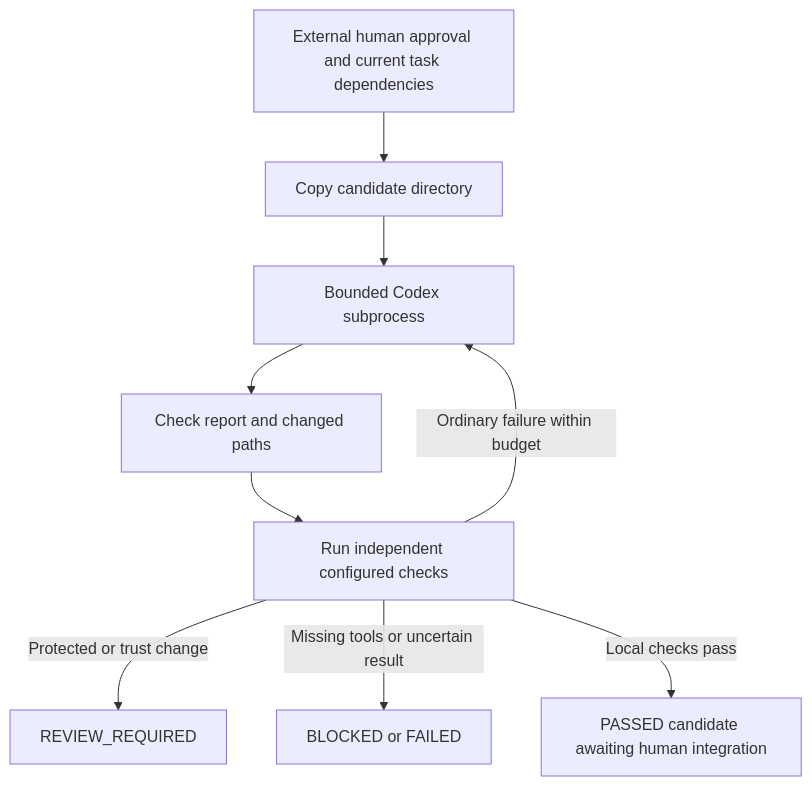
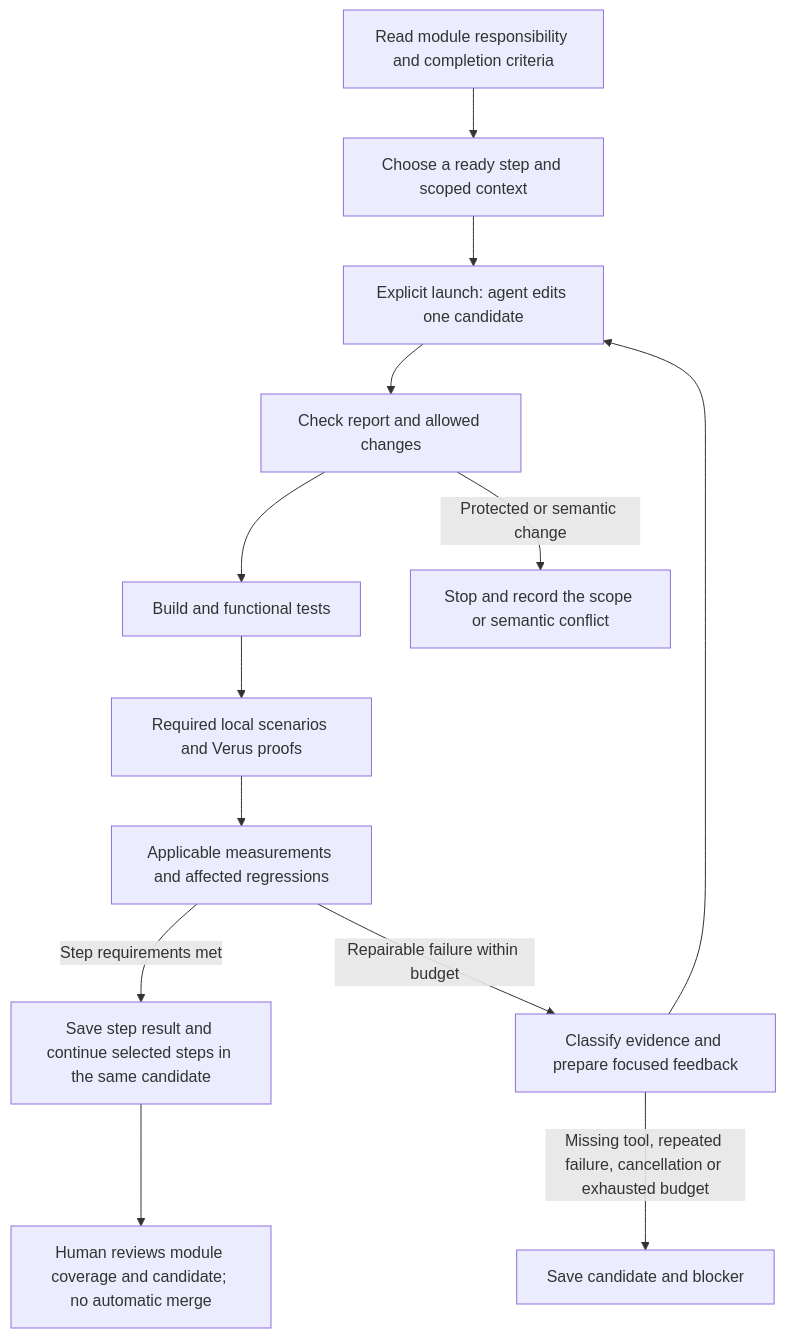
The diagram in docs/workflow.md (SuzumiyaHaruki/raft_verus), drawn with Mermaid before and after one commit. The commit also changed other lines of this file and 966 other files, not shown here.

````diff
--- a/docs/workflow.md
+++ b/docs/workflow.md
@@ -13,11 +30,15 @@
 ```mermaid
 flowchart TD
-    A[External human approval and current task dependencies] --> B[Copy candidate directory]
-    B --> C[Bounded Codex subprocess]
-    C --> D[Check report and changed paths]
-    D --> E[Run independent configured checks]
-    E -->|Ordinary failure within budget| C
-    E -->|Protected or trust change| R[REVIEW_REQUIRED]
-    E -->|Missing tools or uncertain result| F[BLOCKED or FAILED]
-    E -->|Local checks pass| P[PASSED candidate awaiting human integration]
+    M[Read module responsibility and completion criteria] --> A[Choose a ready step and scoped context]
+    A --> B[Explicit launch: agent edits one candidate]
+    B --> C[Check report and allowed changes]
+    C --> D[Build and functional tests]
+    D --> E[Required local scenarios and Verus proofs]
+    E --> F[Applicable measurements and affected regressions]
+    F -->|Step requirements met| G[Save step result and continue selected steps in the same candidate]
+    F -->|Repairable failure within budget| H[Classify evidence and prepare focused feedback]
+    H --> B
+    C -->|Protected or semantic change| R[Stop and record the scope or semantic conflict]
+    H -->|Missing tool, repeated failure, cancellation or exhausted budget| S[Save candidate and blocker]
+    G --> I[Human reviews module coverage and candidate; no automatic merge]
 ```
````
